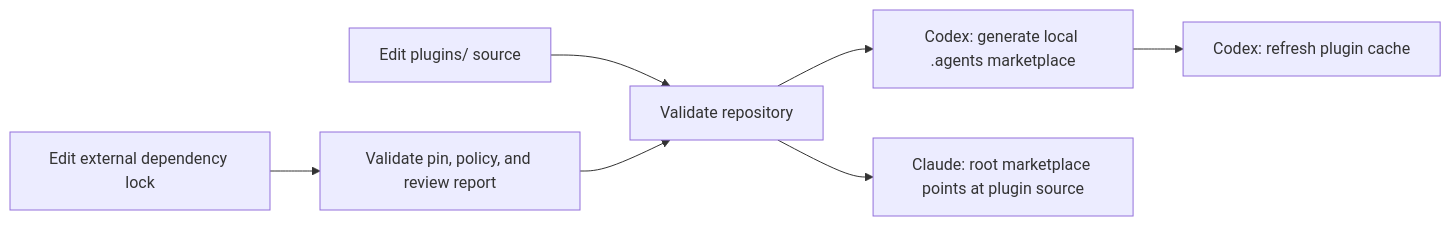
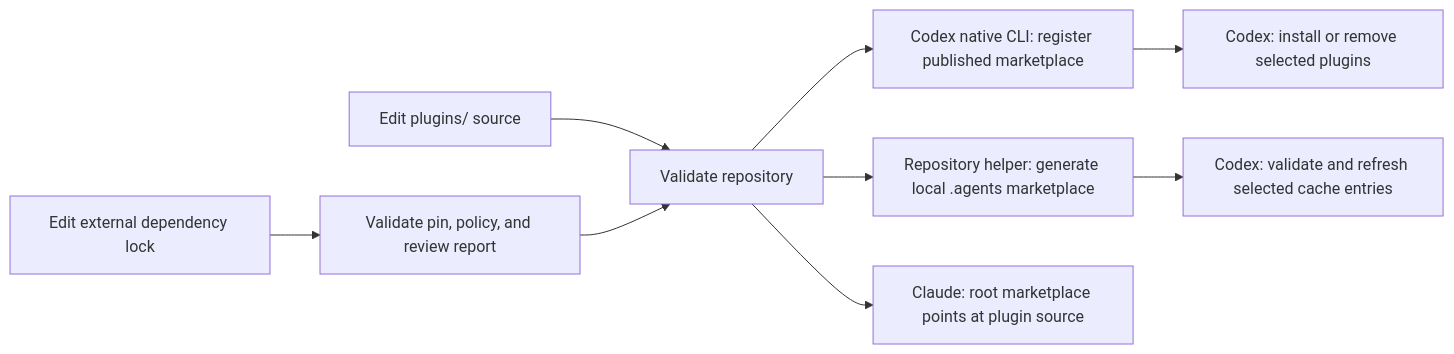
The fourth of 4 diagrams in docs/ARCHITECTURE.md (Xopoko/plug-n-skills), drawn with Mermaid before and after one commit. The commit also changed other lines of this file and 408 other files, not shown here.

````diff
--- a/docs/ARCHITECTURE.md
+++ b/docs/ARCHITECTURE.md
@@ -191,9 +244,11 @@
 ```mermaid
 flowchart LR
   A["Edit plugins/<name> source"] --> B["Validate repository"]
-  B --> C["Codex: generate local .agents marketplace"]
-  C --> D["Codex: refresh plugin cache"]
-  B --> E["Claude: root marketplace points at plugin source"]
-  F["Edit external dependency lock"] --> G["Validate pin, policy, and review report"]
-  G --> B
+  B --> C["Codex native CLI: register published marketplace"]
+  B --> D["Repository helper: generate local .agents marketplace"]
+  C --> E["Codex: install or remove selected plugins"]
+  D --> F["Codex: validate and refresh selected cache entries"]
+  B --> G["Claude: root marketplace points at plugin source"]
+  H["Edit external dependency lock"] --> I["Validate pin, policy, and review report"]
+  I --> B
 ```
````
